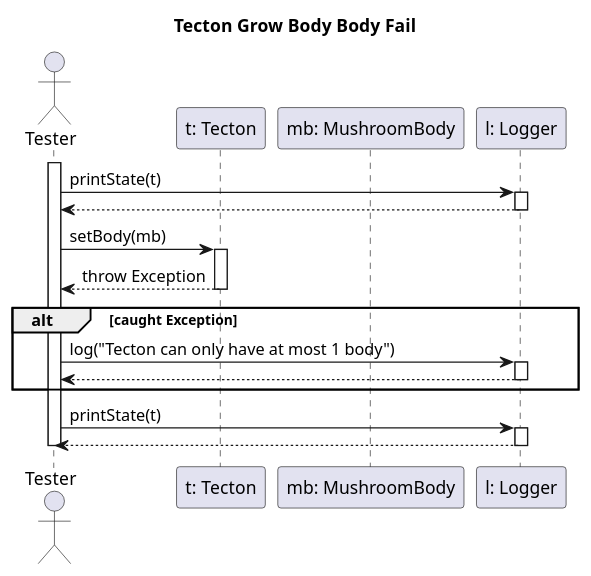
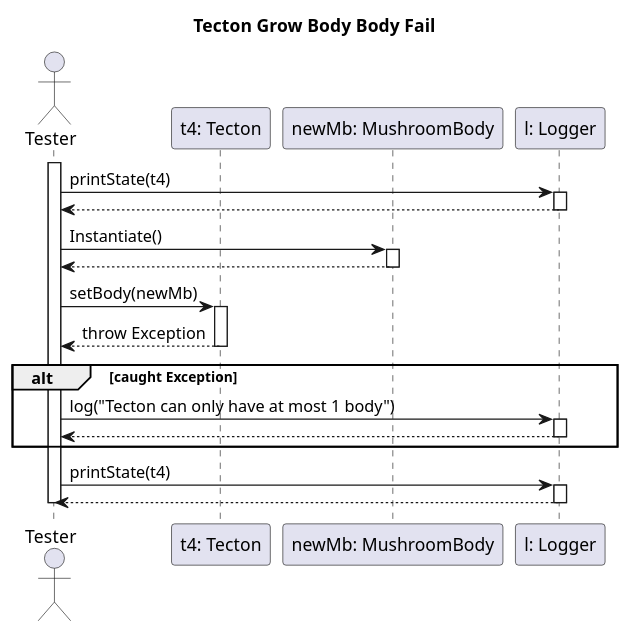
One commit to dzsem/projlab changed the diagram in diagrams/test-sequence/tectonGrowBodyBodyFail.puml. Above: the diagram before and after it, drawn with PlantUML. The commit also changed 12 other files, not shown here.

```diff
--- a/diagrams/test-sequence/tectonGrowBodyBodyFail.puml
+++ b/diagrams/test-sequence/tectonGrowBodyBodyFail.puml
@@ -1,37 +1,42 @@
 @startuml tectonGrowBodyTest
 
 title Tecton Grow Body Body Fail
 
 actor "Tester" as ts
-participant "t: Tecton" as t
-participant "mb: MushroomBody" as mb
+participant "t4: Tecton" as t4
+participant "newMb: MushroomBody" as newMb
 participant "l: Logger" as l
 
 activate ts
 
-ts -> l: printState(t)
+ts -> l: printState(t4)
 activate l
 ts <-- l
 deactivate l
 
-ts -> t: setBody(mb)
-activate t
+ts -> newMb: Instantiate()
+activate newMb
+ts <-- newMb
+deactivate newMb
 
-ts <-- t: throw Exception
-deactivate t
+ts -> t4: setBody(newMb)
+activate t4
+
+ts <-- t4: throw Exception
+deactivate t4
 
 alt caught Exception
     ts -> l: log("Tecton can only have at most 1 body")
     activate l
     ts <-- l
     deactivate l    
 end
 
-ts -> l: printState(t)
+ts -> l: printState(t4)
 activate l
 ts <-- l
 deactivate l
 
 deactivate ts
 
 @enduml
```
